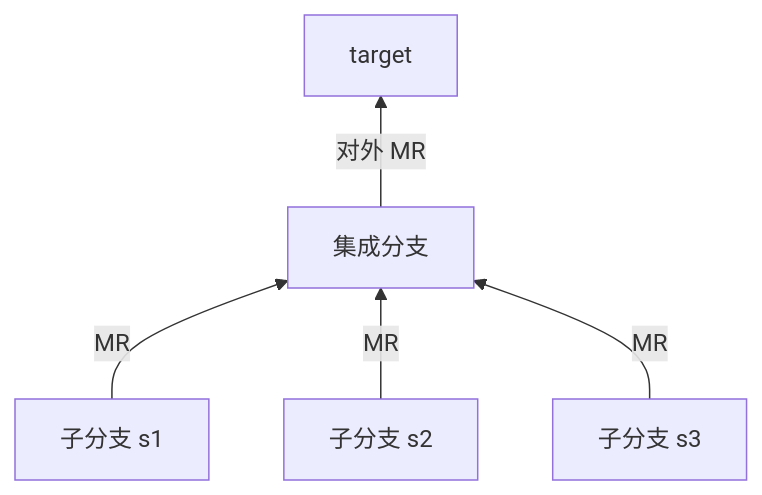
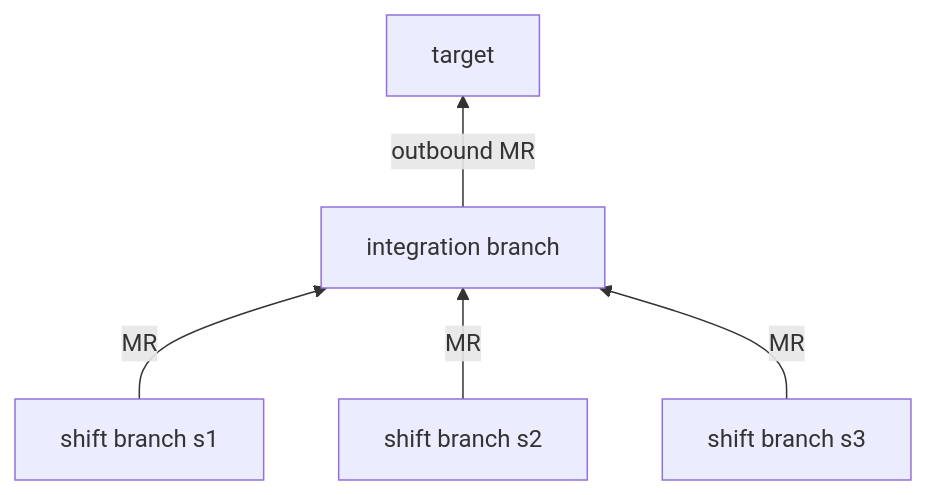
The diagram in docs/design/INDEX.md (BoLiDev/Yan), drawn with Mermaid before and after one commit. The commit also changed other lines of this file and 13 other files, not shown here.

````diff
--- a/docs/design/INDEX.md
+++ b/docs/design/INDEX.md
@@ -151,7 +151,7 @@
 ```mermaid
 graph BT
-    S1["子分支 s1"] -->|MR| I["集成分支"]
-    S2["子分支 s2"] -->|MR| I
-    S3["子分支 s3"] -->|MR| I
-    I -->|对外 MR| T["target"]
+    S1["shift branch s1"] -->|MR| I["integration branch"]
+    S2["shift branch s2"] -->|MR| I
+    S3["shift branch s3"] -->|MR| I
+    I -->|outbound MR| T["target"]
 ```
````
